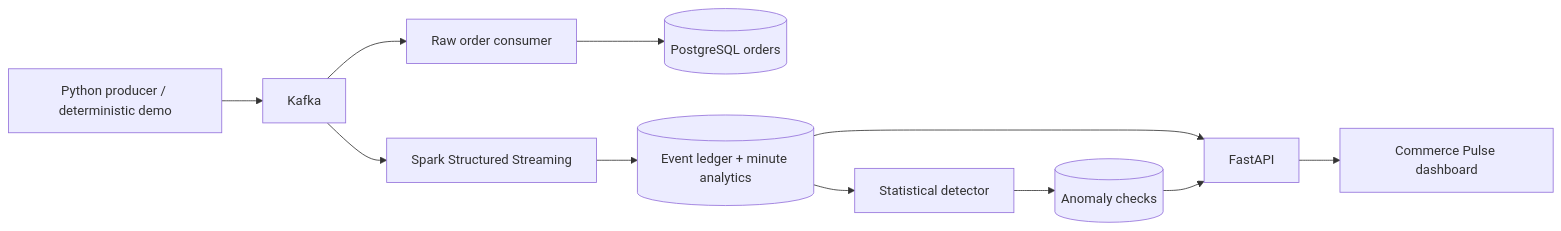
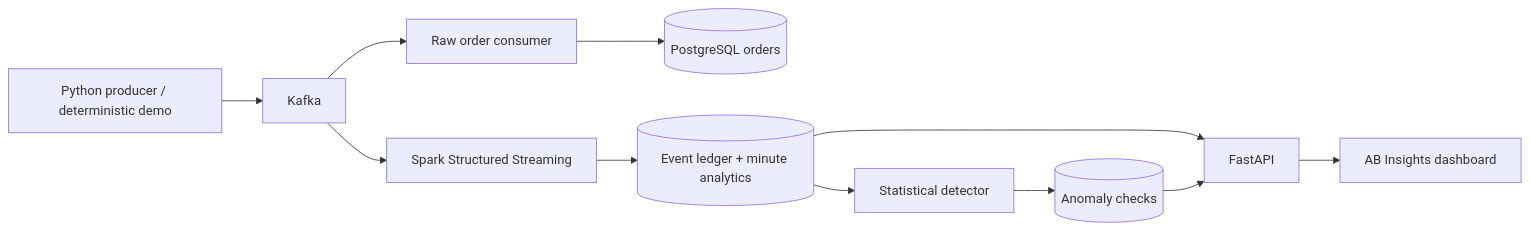
One commit to IceBreaker223/realtime-ecommerce-intelligence changed the diagram in README.md. Above: the diagram before and after it, drawn with Mermaid. The commit also changed other lines of this file and 8 other files, not shown here.

Commit message:
Rebrand the dashboard and portfolio as AB Insights

````diff
--- a/README.md
+++ b/README.md
@@ -61,13 +61,13 @@
 ```mermaid
 flowchart LR
     P[Python producer / deterministic demo] --> K[Kafka]
     K --> S[Spark Structured Streaming]
     K --> C[Raw order consumer]
     C --> O[(PostgreSQL orders)]
     S --> A[(Event ledger + minute analytics)]
     A --> D[Statistical detector]
     D --> X[(Anomaly checks)]
     A --> API[FastAPI]
     X --> API
-    API --> UI[Commerce Pulse dashboard]
+    API --> UI[AB Insights dashboard]
 ```
````
